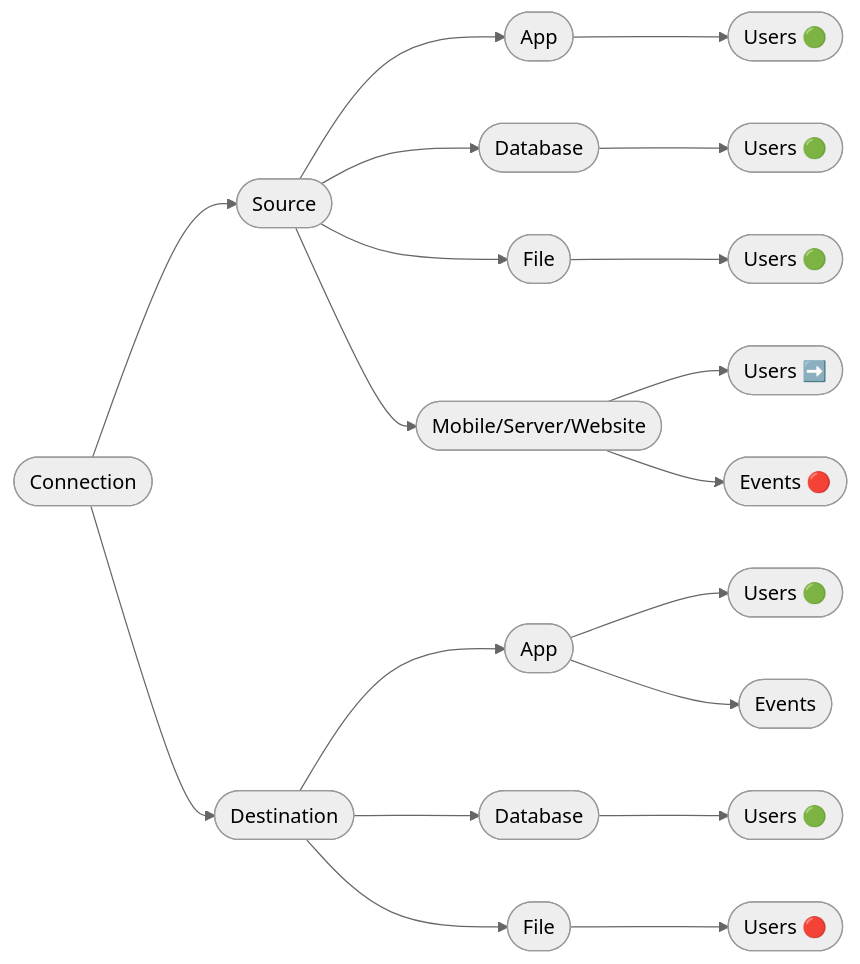
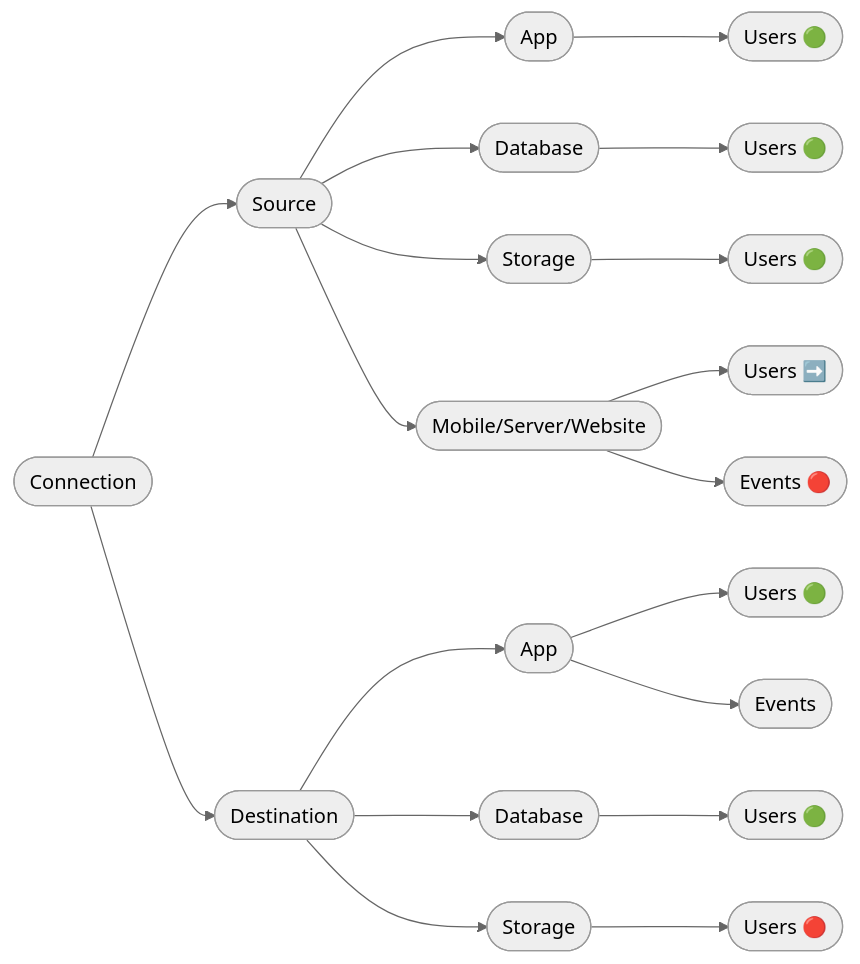
The diagram in apis/Actions.md (krenalis/krenalis), drawn with Mermaid before and after one commit. The commit also changed other lines of this file and 56 other files, not shown here.

````diff
--- a/apis/Actions.md
+++ b/apis/Actions.md
@@ -46,24 +46,24 @@
 ```mermaid
 %%{init: {'theme':'neutral'}}%%
 graph LR
 
 	conn([Connection]) --> source([Source])
 	conn --> dest([Destination])
 	
 	source --> source_app(["App"]) --> source_app_users(["Users 🟢"])
 	source --> source_db(["Database"]) --> source_db_users(["Users 🟢"])
-	source --> source_file(["File"]) --> source_file_users(["Users 🟢"])
+	source --> source_storage(["Storage"]) --> source_storage_users(["Users 🟢"])
 	source --> source_events_based([Mobile/Server/Website])
 	
 	source_events_based --> source_events_based_users(["Users ➡️"])
 	source_events_based --> source_events_based_events(["Events 🔴"])
 	
 	dest --> dest_app([App])
 	dest --> dest_db(["Database"]) --> dest_db_users(["Users 🟢"])
-	dest --> dest_file(["File"]) --> dest_file_users(["Users 🔴"])
+	dest --> dest_storage(["Storage"]) --> dest_storage_users(["Users 🔴"])
 	
 	dest_app --> dest_app_users(["Users 🟢"])
 	dest_app --> dest_app_events([Events])
 	
 
 ```
````
